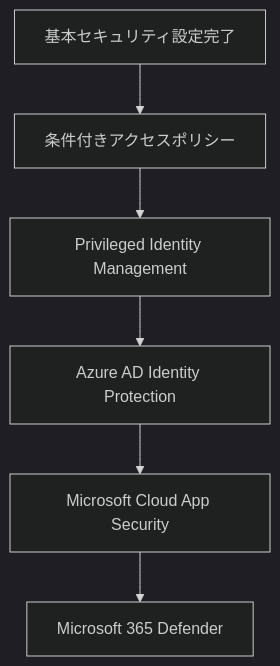
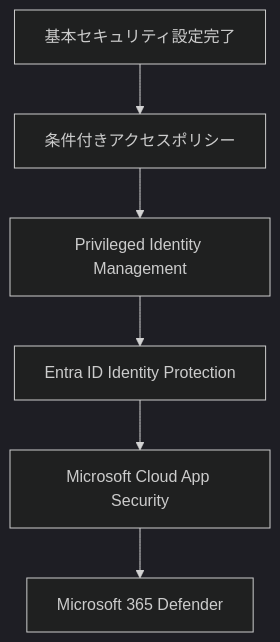
Before and after one commit to nahisaho/m365-admin-handbook: the third of 3 diagrams in docs/02-initial-setup/02-04-m365_basic_security.md, drawn with Mermaid (dark theme). The commit also changed other lines of this file and 14 other files, not shown here.

````diff
--- a/docs/02-initial-setup/02-04-m365_basic_security.md
+++ b/docs/02-initial-setup/02-04-m365_basic_security.md
@@ -704,8 +706,8 @@
 ```mermaid
 graph TD
     A[基本セキュリティ設定完了] --> B[条件付きアクセスポリシー]
     B --> C[Privileged Identity Management]
-    C --> D[Azure AD Identity Protection]
+    C --> D[Entra ID  Identity Protection]
     D --> E[Microsoft Cloud App Security]
     E --> F[Microsoft 365 Defender]
 ```
````
